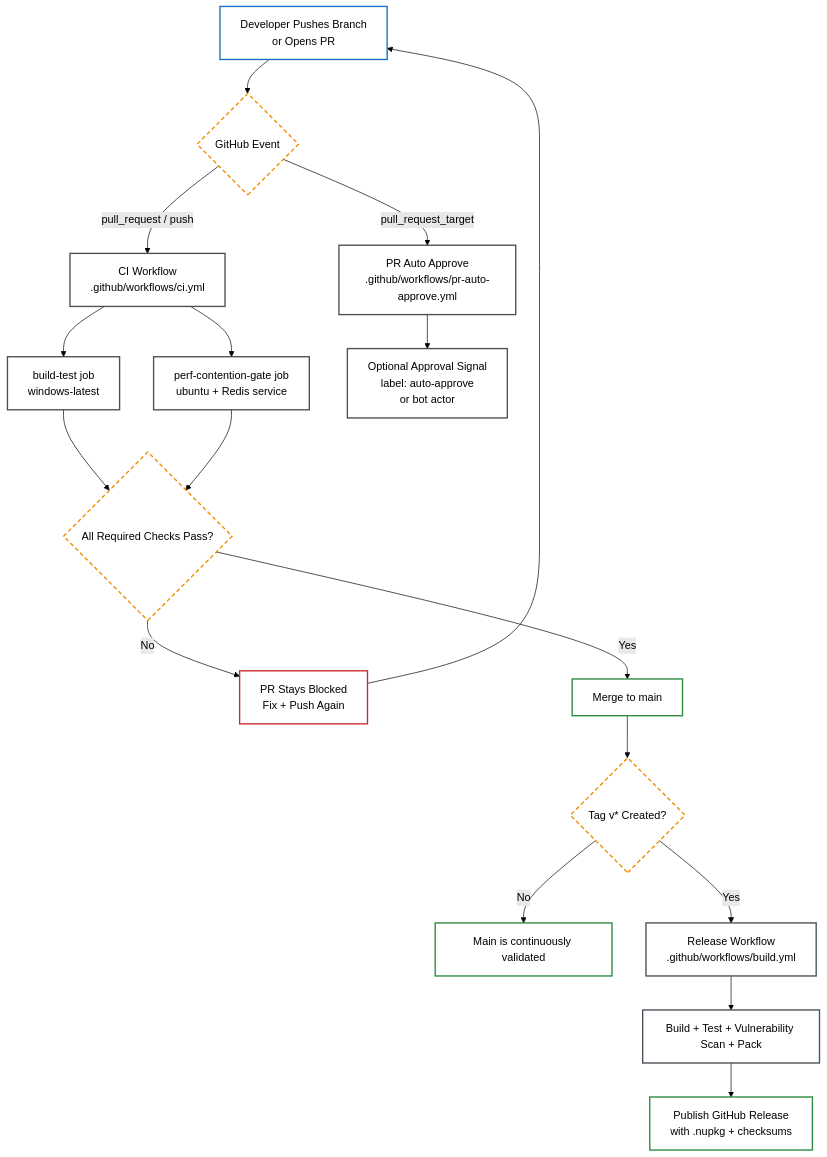
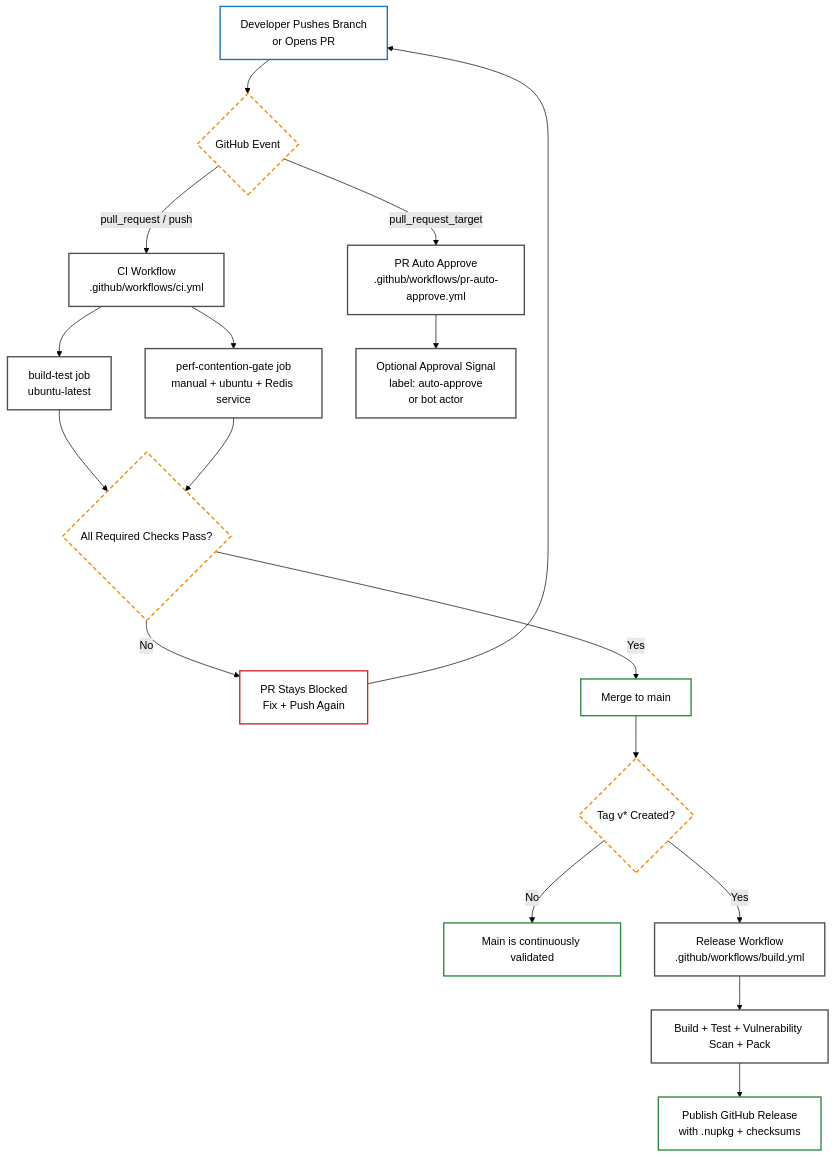
One commit to haxxornulled/VapeCache changed the first of 4 diagrams in docs/WORKFLOWS.md. Above: the diagram before and after it, drawn with Mermaid (forest theme). The commit also changed other lines of this file and 3 other files, not shown here.

````diff
--- a/docs/WORKFLOWS.md
+++ b/docs/WORKFLOWS.md
@@ -9,28 +9,28 @@
 ```mermaid
 flowchart TB
     classDef trigger fill:transparent,stroke:#1971c2,stroke-width:2px
     classDef gate fill:transparent,stroke:#f08c00,stroke-width:2px,stroke-dasharray: 6 4
     classDef success fill:transparent,stroke:#2b8a3e,stroke-width:2px
     classDef fail fill:transparent,stroke:#c92a2a,stroke-width:2px
     classDef action fill:transparent,stroke:#495057,stroke-width:2px
 
     A[Developer Pushes Branch<br/>or Opens PR]:::trigger --> B{GitHub Event}:::gate
     B -->|pull_request / push| C[CI Workflow<br/>.github/workflows/ci.yml]:::action
     B -->|pull_request_target| D[PR Auto Approve<br/>.github/workflows/pr-auto-approve.yml]:::action
 
-    C --> E[build-test job<br/>windows-latest]:::action
-    C --> F[perf-contention-gate job<br/>ubuntu + Redis service]:::action
+    C --> E[build-test job<br/>ubuntu-latest]:::action
+    C --> F[perf-contention-gate job<br/>manual + ubuntu + Redis service]:::action
 
     E --> G{All Required Checks Pass?}:::gate
     F --> G
     G -->|No| H[PR Stays Blocked<br/>Fix + Push Again]:::fail
     H --> A
     G -->|Yes| I[Merge to main]:::success
 
     D --> J[Optional Approval Signal<br/>label: auto-approve<br/>or bot actor]:::action
     I --> K{Tag v* Created?}:::gate
     K -->|No| L[Main is continuously validated]:::success
     K -->|Yes| M[Release Workflow<br/>.github/workflows/build.yml]:::action
     M --> N[Build + Test + Vulnerability Scan + Pack]:::action
     N --> O[Publish GitHub Release<br/>with .nupkg + checksums]:::success
 ```
````
